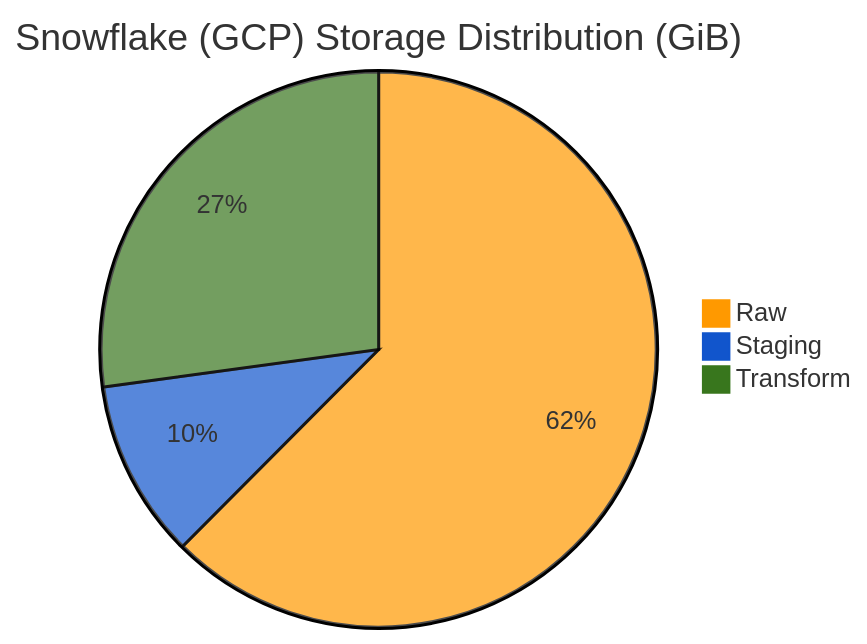
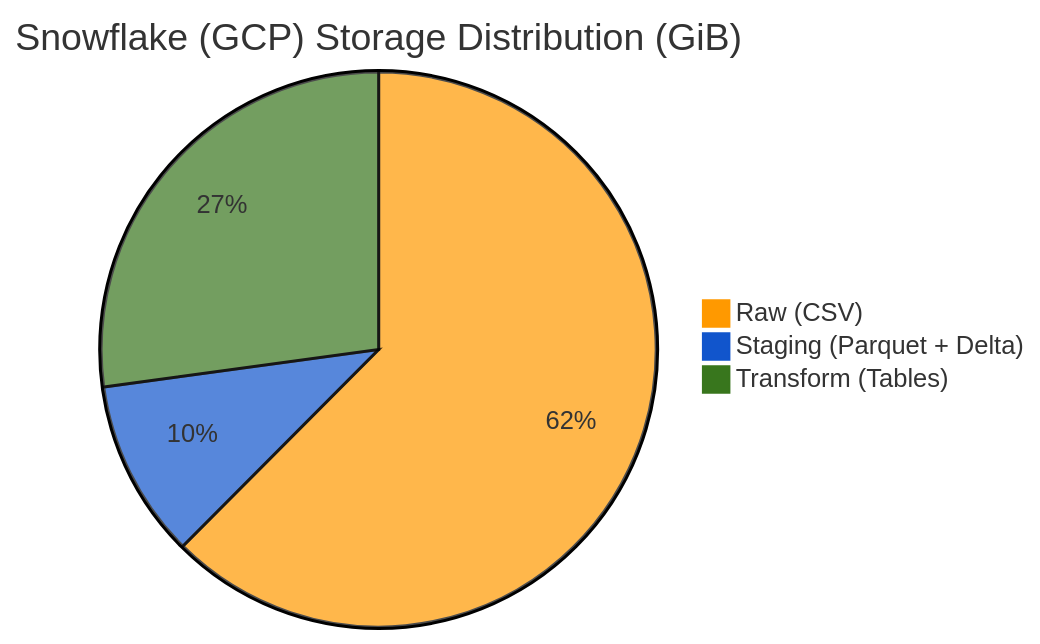
Before and after one commit to nhudinh2103/Multi-platform-comparison-NYC-Taxi-dataset: the third of 3 diagrams in README.md, drawn with Mermaid. The commit also changed other lines of this file, not shown here.

````diff
--- a/README.md
+++ b/README.md
@@ -295,8 +297,8 @@
 ```mermaid
 %%{init: {'theme': 'base', 'themeVariables': { 'pie1': '#ff9900', 'pie2': '#1155cc', 'pie3': '#38761d'}}}%%
 pie
     title Snowflake (GCP) Storage Distribution (GiB)
-    "Raw" : 223.13
-    "Staging" : 37.08
-    "Transform" : 97
+    "Raw (CSV)" : 223.13
+    "Staging (Parquet + Delta)" : 37.08
+    "Transform (Tables)" : 97
 ```
````
